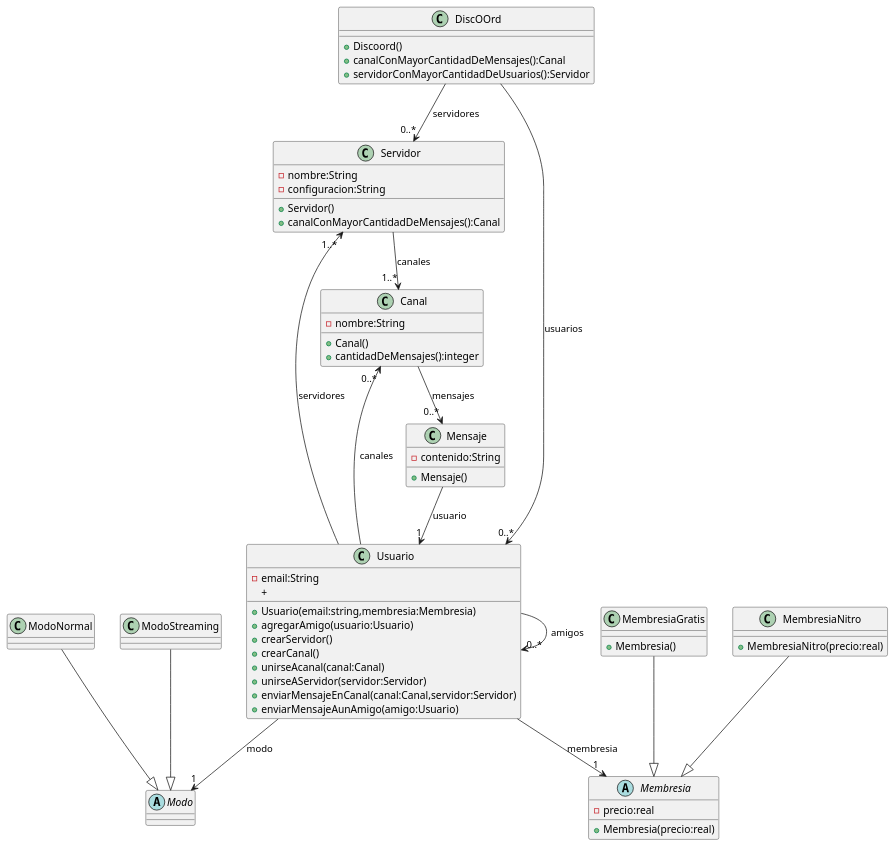
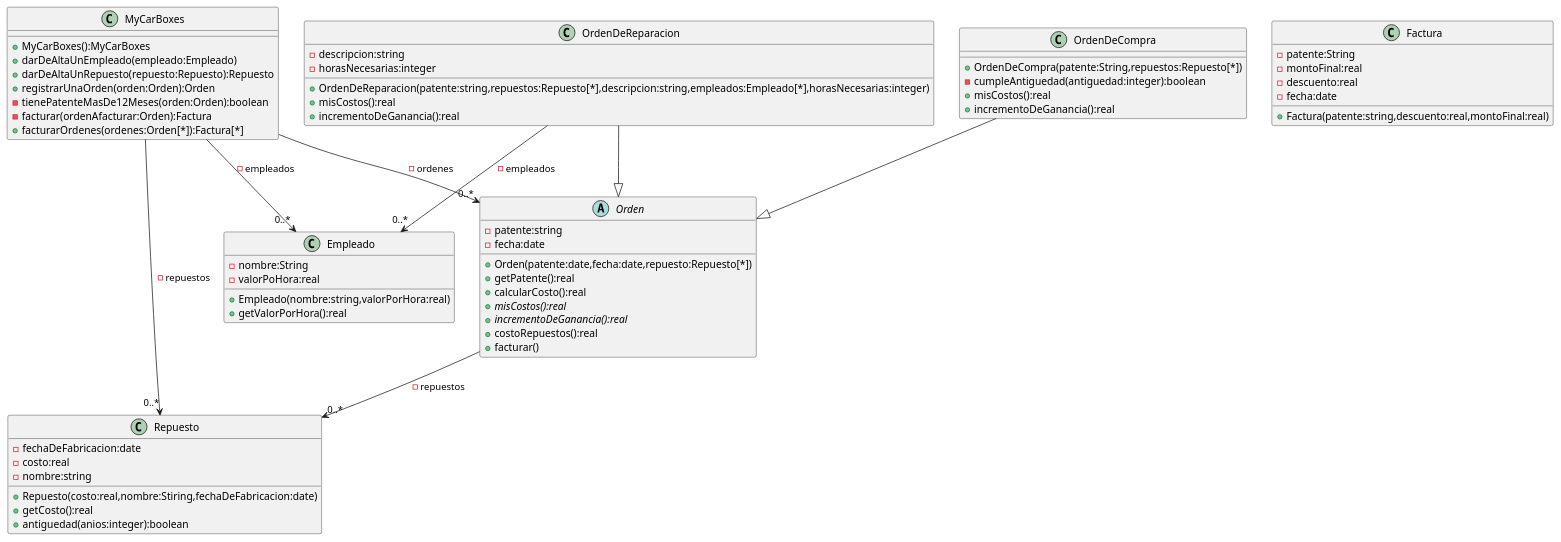
The diagram in Parciales-resueltos/Codigos-UML/MyCarBoxes.puml (DerDAVO/OO1), drawn with PlantUML before and after one commit. The commit also changed 2 other files, not shown here.

Commit message:
ParcialMyCarBoxespng

```diff
--- a/Parciales-resueltos/Codigos-UML/MyCarBoxes.puml
+++ b/Parciales-resueltos/Codigos-UML/MyCarBoxes.puml
@@ -1,68 +1,65 @@
-@startuml
-class DiscOOrd{
-    +Discoord()
-    +canalConMayorCantidadDeMensajes():Canal
-    +servidorConMayorCantidadDeUsuarios():Servidor
+@startuml diagrama
+
+class MyCarBoxes{
+    +MyCarBoxes():MyCarBoxes
+    +darDeAltaUnEmpleado(empleado:Empleado)
+    +darDeAltaUnRepuesto(repuesto:Repuesto):Repuesto
+    +registrarUnaOrden(orden:Orden):Orden
+    -tienePatenteMasDe12Meses(orden:Orden):boolean
+    -facturar(ordenAfacturar:Orden):Factura
+    +facturarOrdenes(ordenes:Orden[*]):Factura[*]
 }
-DiscOOrd --> "0..*"Servidor : servidores
-DiscOOrd --> "0..*"Usuario : usuarios
-class Usuario{
-    -email:String
-    +Usuario(email:string,membresia:Membresia)
-    +agregarAmigo(usuario:Usuario)
-    +crearServidor()
-    +crearCanal()
-    +unirseAcanal(canal:Canal)
-    +unirseAServidor(servidor:Servidor)
-    +enviarMensajeEnCanal(canal:Canal,servidor:Servidor)
-    +enviarMensajeAunAmigo(amigo:Usuario)
-    +
+MyCarBoxes-->"0..*"Empleado:-empleados
+MyCarBoxes-->"0..*"Repuesto:-repuestos
+MyCarBoxes-->"0..*"Orden:-ordenes
+class Empleado {
+    -nombre:String
+    -valorPoHora:real
+    +Empleado(nombre:string,valorPorHora:real)
+    +getValorPorHora():real
 }
-Usuario --> "1"Modo : modo
-Usuario -->"1..*"Servidor : servidores
-Usuario -->"0..*"Usuario : amigos
-Usuario -->"0..*"Canal : canales
-Usuario -->"1"Membresia : membresia
-abstract class Membresia{
-    -precio:real
-    +Membresia(precio:real)
+class Repuesto{
+    -fechaDeFabricacion:date
+    -costo:real
+    -nombre:string
+    +Repuesto(costo:real,nombre:Stiring,fechaDeFabricacion:date)
+    +getCosto():real
+    +antiguedad(anios:integer):boolean
+} 
+abstract class Orden{
+    -patente:string
+    -fecha:date
+    +Orden(patente:date,fecha:date,repuesto:Repuesto[*])
+    +getPatente():real
+    +calcularCosto():real
+    +{abstract}misCostos():real
+    +{abstract}incrementoDeGanancia():real
+    +costoRepuestos():real
+    +facturar()
 }
-class MembresiaGratis{
-    +Membresia()
-}
-MembresiaGratis --|> Membresia
-class MembresiaNitro{
-    +MembresiaNitro(precio:real)
-}
-MembresiaNitro --|> Membresia
-class Mensaje{
-    -contenido:String
-    +Mensaje()
-}
-Mensaje --> "1"Usuario : usuario
-class Servidor{
-    -nombre:String
-    -configuracion:String
-    +Servidor()
-    +canalConMayorCantidadDeMensajes():Canal
-}
-Servidor -->"1..*"Canal : canales
-
-class Canal{
-    -nombre:String
-    +Canal()
-    +cantidadDeMensajes():integer
-}
-Canal --> "0..*"Mensaje : mensajes
-abstract class Modo{
+Orden -->"0..*" Repuesto:-repuestos
+class Factura{
+    -patente:String
+    -montoFinal:real
+    -descuento:real
+    -fecha:date
+    +Factura(patente:string,descuento:real,montoFinal:real)
 
 }
-
-
-class ModoStreaming{
+class OrdenDeCompra{
+    +OrdenDeCompra(patente:String,repuestos:Repuesto[*])
+    -cumpleAntiguedad(antiguedad:integer):boolean
+    +misCostos():real
+    +incrementoDeGanancia():real
 }
-ModoStreaming --|> Modo
-class ModoNormal{
+OrdenDeCompra --|> Orden
+class OrdenDeReparacion{
+    -descripcion:string
+    -horasNecesarias:integer
+    +OrdenDeReparacion(patente:string,repuestos:Repuesto[*],descripcion:string,empleados:Empleado[*],horasNecesarias:integer)
+    +misCostos():real
+    +incrementoDeGanancia():real
 }
-ModoNormal --|> Modo
+OrdenDeReparacion -->"0..*" Empleado:-empleados
+OrdenDeReparacion --|> Orden
 @enduml
```
